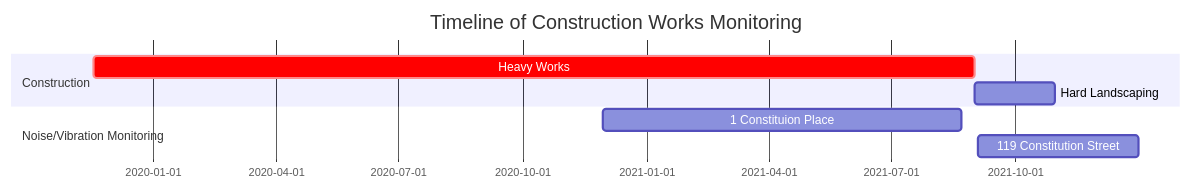
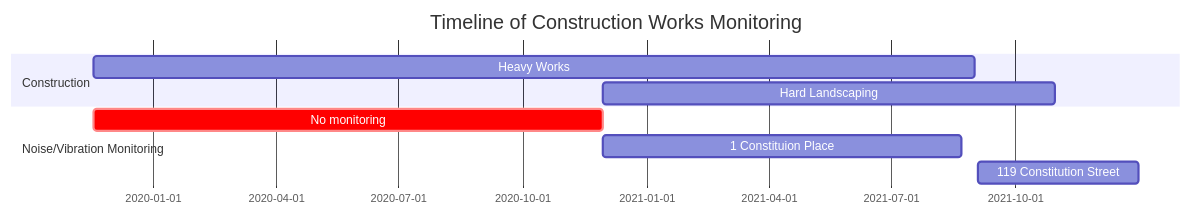
Before and after one commit to mccabe082/4EdinburghCityCouncil: the diagram in issues-with-vibration-readings.md, drawn with Mermaid.

````diff
--- a/issues-with-vibration-readings.md
+++ b/issues-with-vibration-readings.md
@@ -18,17 +18,18 @@
 ```mermaid
 gantt
     todayMarker off
     title Timeline of Construction Works Monitoring
     dateFormat  DD-MM-YYYY
     section Construction
-        Heavy Works :crit, c1, 18-11-2019, 01-09-2021
-        Hard Landscaping :after c1  , 30-10-2021
+        Heavy Works : c1, 18-11-2019, 01-09-2021
+        Hard Landscaping : after c1  , 30-10-2021
     section Noise/Vibration Monitoring
+        No monitoring :crit, c1, 18-11-2019, 29-11-2020
         1 Constituion Place: s1, 29-11-2020, 22-08-2021
         119 Constitution Street: s2, 03-09-2021, 31-12-2021
         %% 1st FOI data: 07-01-2021, se0, 01-04-2021
     %%section Events
         %%initial viewing (trench): milestone, e1, 24-01-2020
         %%move in date: milestone, e2, 10-04-2020
         %%pavement smashed: milestone, e3, 07-01-2021
 ```
````
